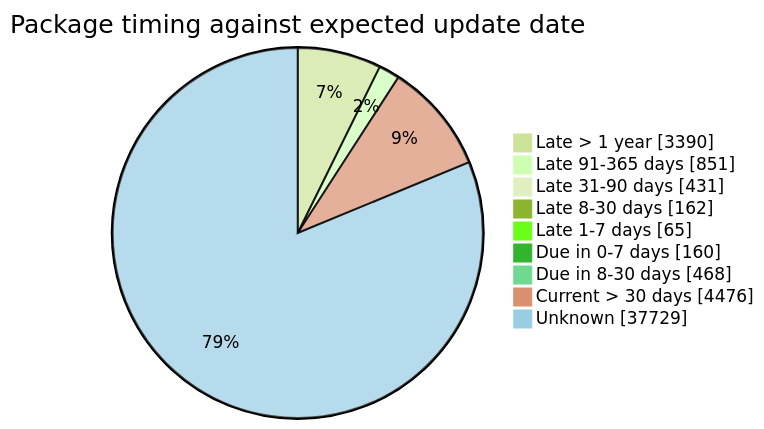
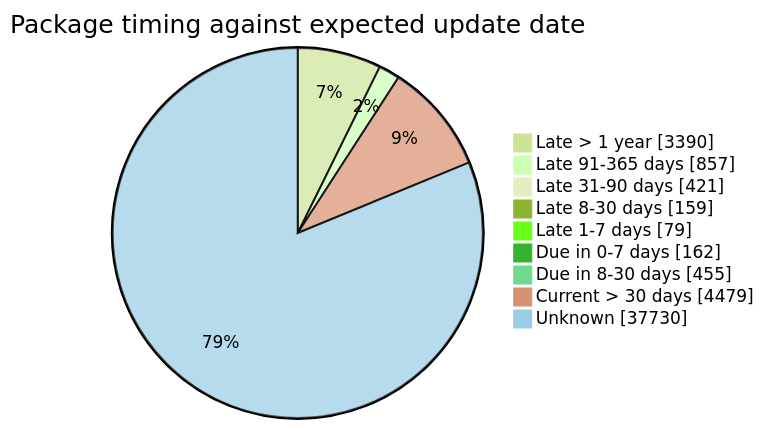
Before and after one commit to open-data/analytics-corporate-reporting: the fourth of 5 diagrams in FreshCheck/README.md, drawn with Mermaid (forest theme). The commit also changed other lines of this file and 3 other files, not shown here.

````diff
--- a/FreshCheck/README.md
+++ b/FreshCheck/README.md
@@ -86,12 +86,12 @@
 ```mermaid
 pie showData title Package timing against expected update date
     "Late > 1 year": 3390
-    "Late 91-365 days": 851
-    "Late 31-90 days": 431
-    "Late 8-30 days": 162
-    "Late 1-7 days": 65
-    "Due in 0-7 days": 160
-    "Due in 8-30 days": 468
-    "Current > 30 days": 4476
-    "Unknown": 37729
+    "Late 91-365 days": 857
+    "Late 31-90 days": 421
+    "Late 8-30 days": 159
+    "Late 1-7 days": 79
+    "Due in 0-7 days": 162
+    "Due in 8-30 days": 455
+    "Current > 30 days": 4479
+    "Unknown": 37730
 ```
````
